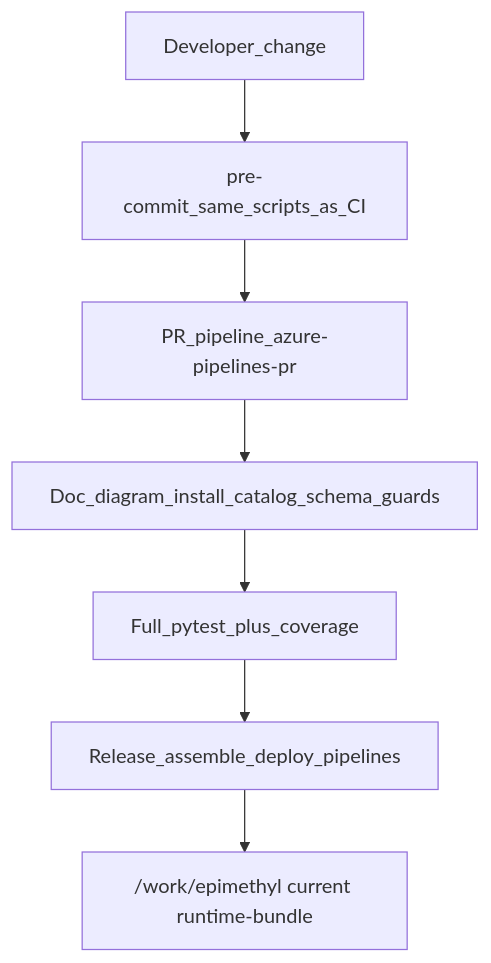
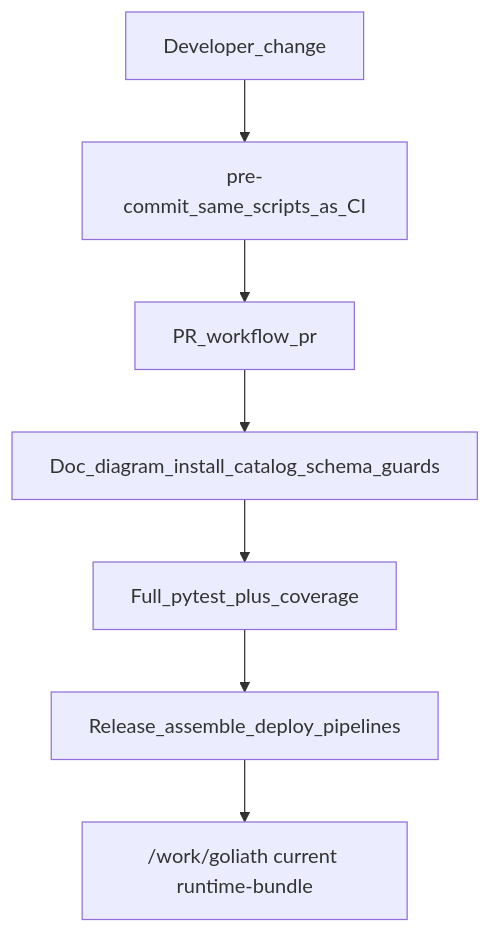
Before and after one commit to Goliath-Research/GoliathWorkflow: the diagram in docs/plans/ci-dev-deploy-sync.plan.md, drawn with Mermaid. The commit also changed other lines of this file and 272 other files, not shown here.

````diff
--- a/docs/plans/ci-dev-deploy-sync.plan.md
+++ b/docs/plans/ci-dev-deploy-sync.plan.md
@@ -96,9 +96,9 @@
 ```mermaid
 flowchart TD
   dev[Developer_change] --> pc[pre-commit_same_scripts_as_CI]
-  pc --> pr[PR_pipeline_azure-pipelines-pr]
+  pc --> pr[PR_workflow_pr]
   pr --> guards[Doc_diagram_install_catalog_schema_guards]
   guards --> unit[Full_pytest_plus_coverage]
   unit --> release[Release_assemble_deploy_pipelines]
-  release --> work["/work/epimethyl current runtime-bundle"]
+  release --> work["/work/goliath current runtime-bundle"]
 ```
````
